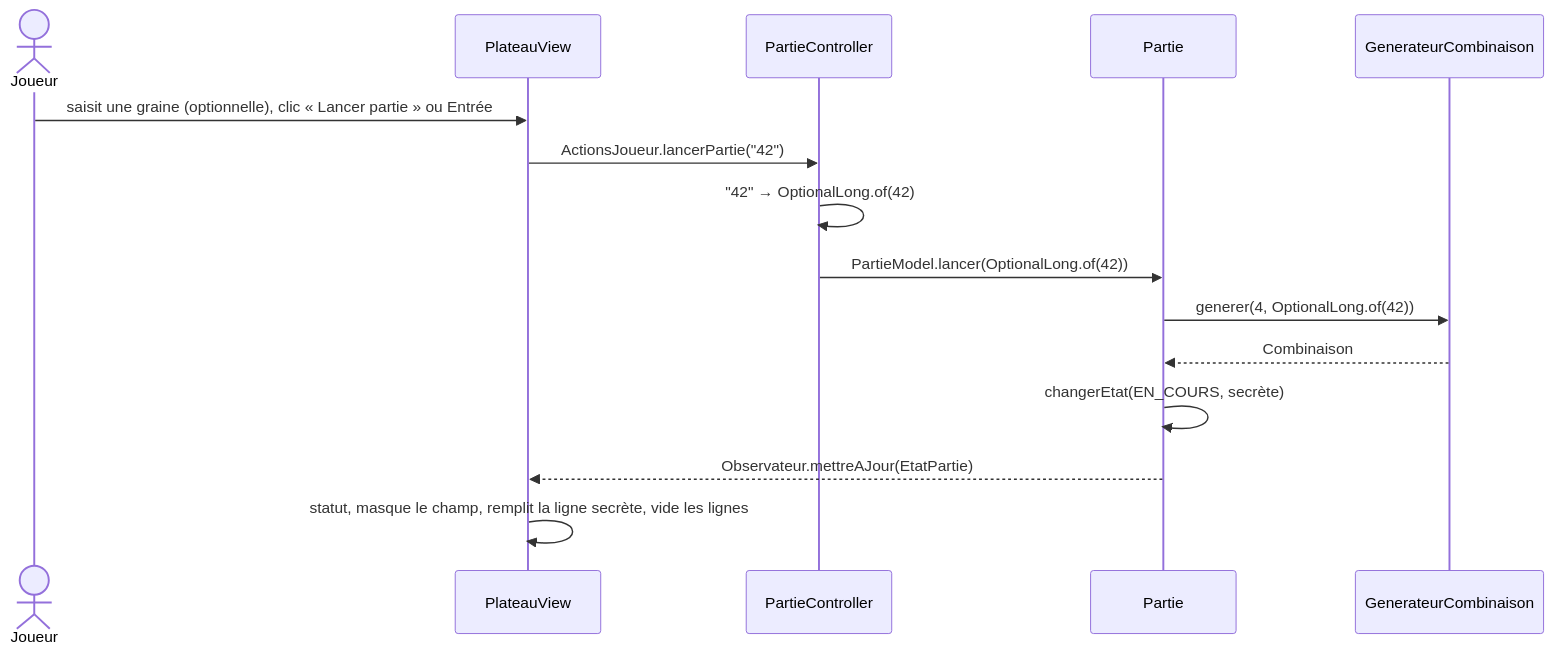
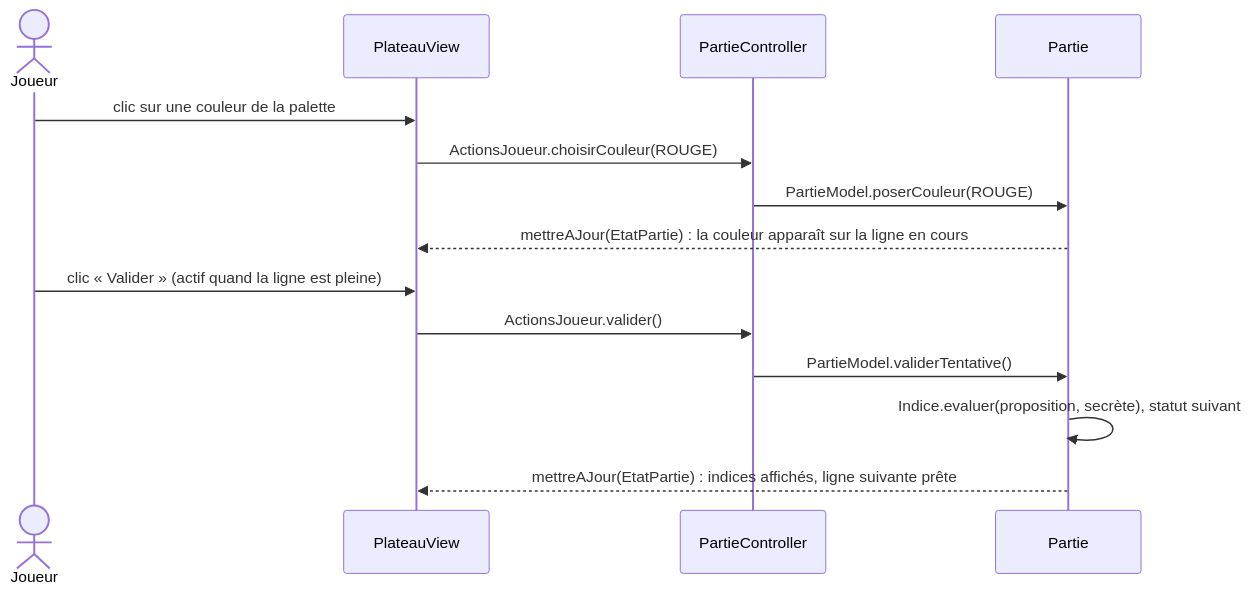
Before and after one commit to Yorobro/Mastermind: the second of 3 diagrams in README.md, drawn with Mermaid. The commit also changed other lines of this file, not shown here.

Commit message:
docs(readme): décrire le jeu complet, la sauvegarde et l'architecture

````diff
--- a/README.md
+++ b/README.md
@@ -135,18 +179,17 @@
 ```mermaid
 sequenceDiagram
     actor Joueur
     participant V as PlateauView
     participant C as PartieController
     participant M as Partie
-    participant G as GenerateurCombinaison
 
-    Joueur->>V: saisit une graine (optionnelle), clic « Lancer partie » ou Entrée
-    V->>C: ActionsJoueur.lancerPartie("42")
-    C->>C: "42" → OptionalLong.of(42)
-    C->>M: PartieModel.lancer(OptionalLong.of(42))
-    M->>G: generer(4, OptionalLong.of(42))
-    G-->>M: Combinaison
-    M->>M: changerEtat(EN_COURS, secrète)
-    M-->>V: Observateur.mettreAJour(EtatPartie)
-    V->>V: statut, masque le champ, remplit la ligne secrète, vide les lignes
+    Joueur->>V: clic sur une couleur de la palette
+    V->>C: ActionsJoueur.choisirCouleur(ROUGE)
+    C->>M: PartieModel.poserCouleur(ROUGE)
+    M-->>V: mettreAJour(EtatPartie) : la couleur apparaît sur la ligne en cours
+    Joueur->>V: clic « Valider » (actif quand la ligne est pleine)
+    V->>C: ActionsJoueur.valider()
+    C->>M: PartieModel.validerTentative()
+    M->>M: Indice.evaluer(proposition, secrète), statut suivant
+    M-->>V: mettreAJour(EtatPartie) : indices affichés, ligne suivante prête
 ```
````
